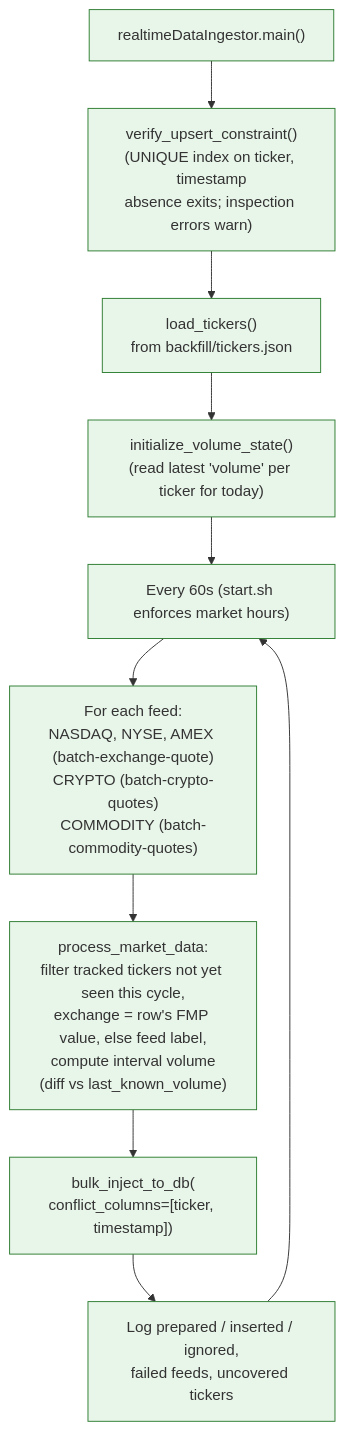
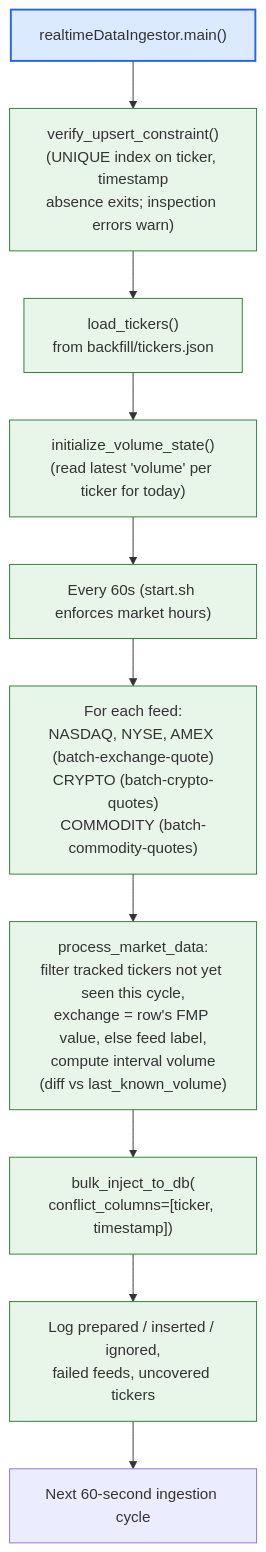
Before and after one commit to MUNQuantSociety/MQSMaster: the fifth of 6 diagrams in docs/workflows/data-pipeline.md, drawn with Mermaid. The commit also changed other lines of this file and 12 other files, not shown here.

Commit message:
docs: make workflow diagrams top-down hierarchies

````diff
--- a/docs/workflows/data-pipeline.md
+++ b/docs/workflows/data-pipeline.md
@@ -164,15 +161,16 @@
 ```mermaid
 flowchart TD
     START["realtimeDataIngestor.main()"] --> VERIFY["verify_upsert_constraint()<br/>(UNIQUE index on ticker, timestamp<br/>absence exits; inspection errors warn)"]
     VERIFY --> LOAD["load_tickers()<br/>from backfill/tickers.json"]
     LOAD --> INIT["initialize_volume_state()<br/>(read latest 'volume' per ticker for today)"]
     INIT --> LOOP["Every 60s (start.sh enforces market hours)"]
     LOOP --> FEEDS["For each feed:<br/>NASDAQ, NYSE, AMEX (batch-exchange-quote)<br/>CRYPTO (batch-crypto-quotes)<br/>COMMODITY (batch-commodity-quotes)"]
     FEEDS --> PROCESS["process_market_data:<br/>filter tracked tickers not yet seen this cycle,<br/>exchange = row's FMP value, else feed label,<br/>compute interval volume<br/>(diff vs last_known_volume)"]
     PROCESS --> INSERT["bulk_inject_to_db(<br/>conflict_columns=[ticker, timestamp])"]
     INSERT --> REPORT["Log prepared / inserted / ignored,<br/>failed feeds, uncovered tickers"]
-    REPORT --> LOOP
+    REPORT --> NEXT["Next 60-second ingestion cycle"]
 
     classDef rti fill:#e8f5e9,stroke:#2e7d32
     class START,VERIFY,LOAD,INIT,LOOP,FEEDS,PROCESS,INSERT,REPORT rti
+    style START fill:#dbeafe,stroke:#2563eb,stroke-width:2px
 ```
````
